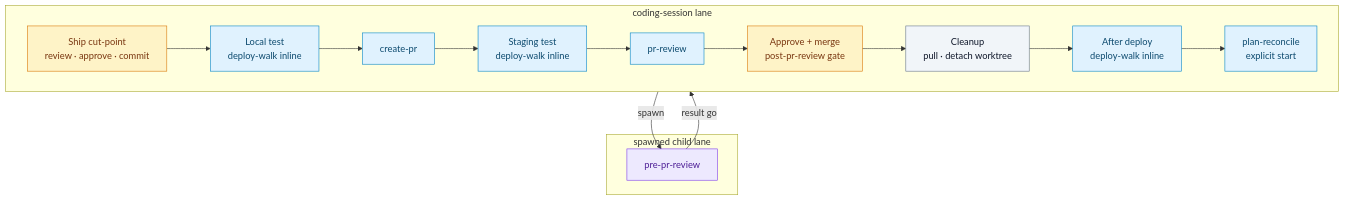
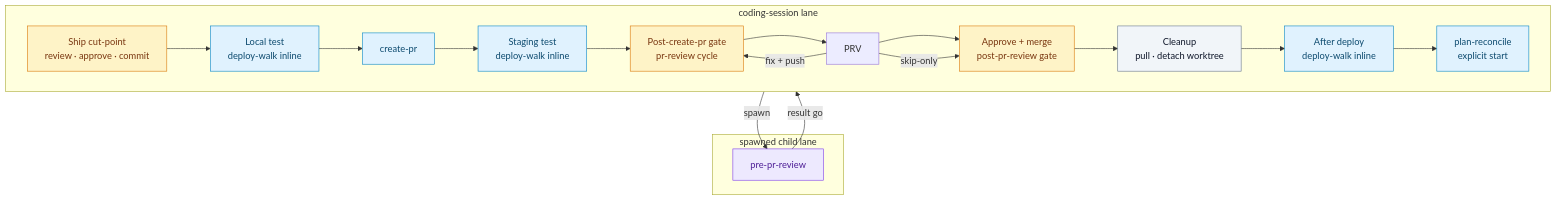
Before and after one commit to sedea-tapcart/research-and-development: the diagram in missions/plan-and-deliver/skills/coding-session/SKILL.md, drawn with Mermaid. The commit also changed other lines of this file and 3 other files, not shown here.

First line of the commit message:
Document PR review cycle and outsider merge handoff on coding-session.

````diff
--- a/missions/plan-and-deliver/skills/coding-session/SKILL.md
+++ b/missions/plan-and-deliver/skills/coding-session/SKILL.md
@@ -650,29 +650,32 @@
 ```mermaid
 flowchart TB
   classDef inline fill:#e0f2fe,stroke:#0284c7,color:#0c4a6e
   classDef spawn fill:#ede9fe,stroke:#7c3aed,color:#4c1d95
   classDef gate fill:#fef3c7,stroke:#d97706,color:#78350f
   classDef proc fill:#f1f5f9,stroke:#64748b,color:#0f172a
 
   subgraph CS["coding-session lane"]
     direction LR
     CUT["Ship cut-point<br/>review · approve · commit"]:::gate
     LTW["Local test<br/>deploy-walk inline"]:::inline
     CPR["create-pr"]:::inline
     STW["Staging test<br/>deploy-walk inline"]:::inline
-    PRV["pr-review"]:::inline
-    MRG["Approve + merge<br/>post-pr-review gate"]:::gate
+    PRV --> MRG["Approve + merge<br/>post-pr-review gate"]:::gate
     PMC["Cleanup<br/>pull · detach worktree"]:::proc
     ADW["After deploy<br/>deploy-walk inline"]:::inline
     REC["plan-reconcile<br/>explicit start"]:::inline
+    PCP["Post-create-pr gate<br/>pr-review cycle"]:::gate
     CUT --> LTW --> CPR
-    CPR --> STW --> PRV --> MRG --> PMC --> ADW --> REC
+    CPR --> STW --> PCP --> PRV
+    PRV -->|skip-only| MRG
+    PRV -->|fix + push| PCP
+    MRG --> PMC --> ADW --> REC
   end
 
   subgraph CHILD["spawned child lane"]
     PPR["pre-pr-review"]:::spawn
   end
 
   LTW -->|spawn| PPR
   PPR -->|result go| CPR
 ```
````
